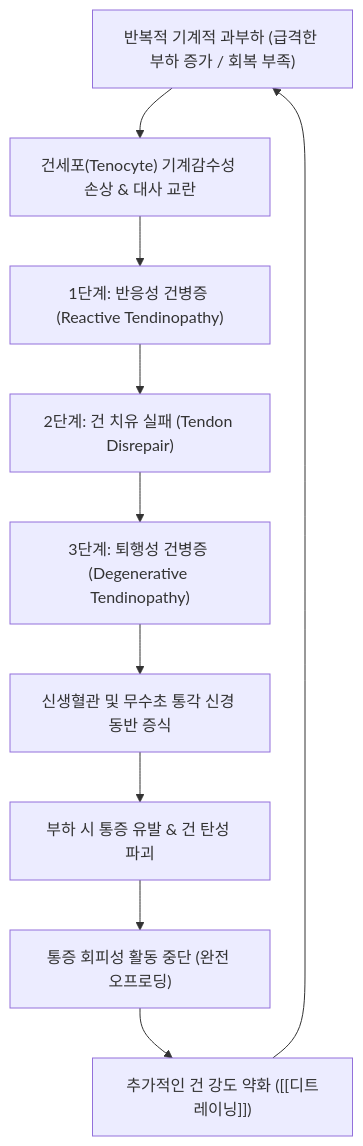
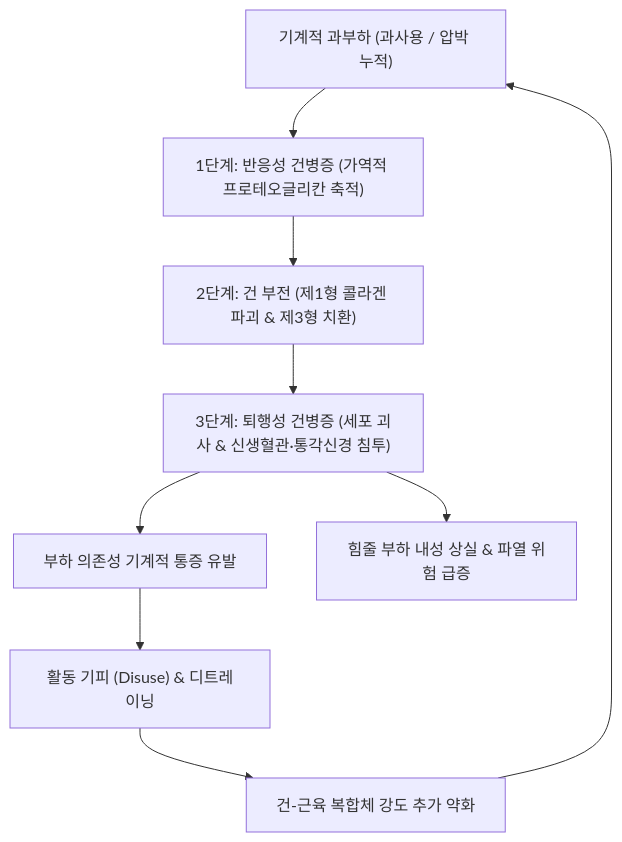
Before and after one commit to simbio11/simbio-digital-garden2: the diagram in content/3. 이론 공부/질환/근골격계 질환/기타/힘줄병증.md, drawn with Mermaid. The commit also changed other lines of this file and 147 other files, not shown here.

````diff
--- a/content/3. 이론 공부/질환/근골격계 질환/기타/힘줄병증.md
+++ b/content/3. 이론 공부/질환/근골격계 질환/기타/힘줄병증.md
@@ -72,12 +143,11 @@
 ```mermaid
 graph TD
-    Overload["반복적 기계적 과부하 (급격한 부하 증가 / 회복 부족)"] --> TenocyteStress["건세포(Tenocyte) 기계감수성 손상 & 대사 교란"]
-    TenocyteStress --> Continuum1["1단계: 반응성 건병증 (Reactive Tendinopathy)"]
-    Continuum1 --> Continuum2["2단계: 건 치유 실패 (Tendon Disrepair)"]
-    Continuum2 --> Continuum3["3단계: 퇴행성 건병증 (Degenerative Tendinopathy)"]
-    Continuum3 --> Neovascular["신생혈관 및 무수초 통각 신경 동반 증식"]
-    Neovascular --> LoadPain["부하 시 통증 유발 & 건 탄성 파괴"]
-    LoadPain --> Disuse["통증 회피성 활동 중단 (완전 오프로딩)"]
-    Disuse --> Detraining["추가적인 건 강도 약화 ([[디트레이닝]])"]
-    Detraining --> Overload
+    Load["기계적 과부하 (과사용 / 압박 누적)"] --> Step1["1단계: 반응성 건병증 (가역적 프로테오글리칸 축적)"]
+    Step1 --> Step2["2단계: 건 부전 (제1형 콜라겐 파괴 & 제3형 치환)"]
+    Step2 --> Step3["3단계: 퇴행성 건병증 (세포 괴사 & 신생혈관·통각신경 침투)"]
+    Step3 --> Pain["부하 의존성 기계적 통증 유발"]
+    Step3 --> RuptureRisk["힘줄 부하 내성 상실 & 파열 위험 급증"]
+    Pain --> Disuse["활동 기피 (Disuse) & 디트레이닝"]
+    Disuse --> WeakTendon["건-근육 복합체 강도 추가 약화"]
+    WeakTendon --> Load
 ```
````
